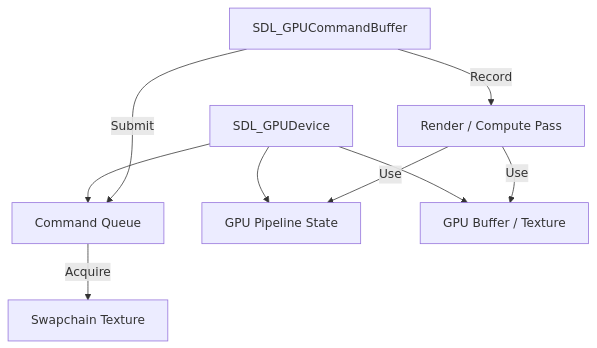
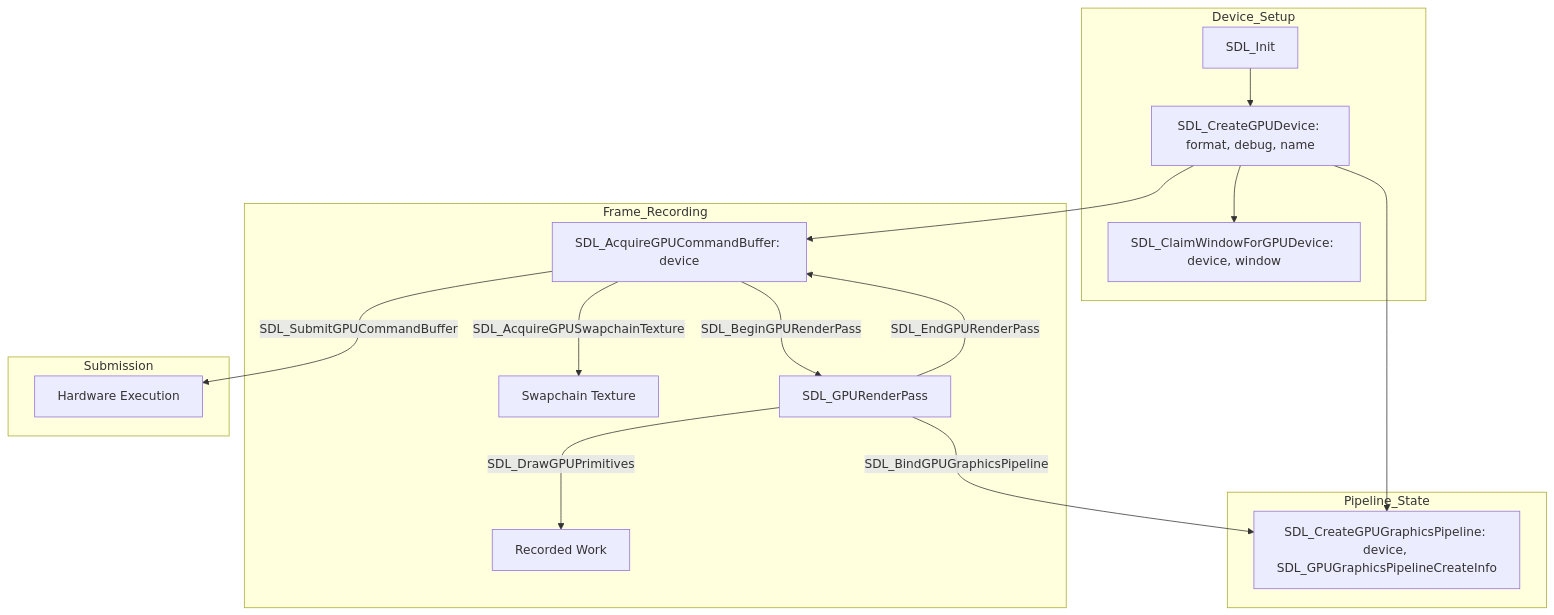
The diagram in extra/GPU.md (Nebulavenus/sdl3-odin-quickdocs), drawn with Mermaid before and after one commit. The commit also changed other lines of this file and 4 other files, not shown here.

Commit message:
Working mermaid

````diff
--- a/extra/GPU.md
+++ b/extra/GPU.md
@@ -7,13 +7,25 @@
 ```mermaid
 graph TD
-    Device[SDL_GPUDevice] --> Queue[Command Queue]
-    Device --> Pipeline[GPU Pipeline State]
-    Device --> Buffer[GPU Buffer / Texture]
-    
-    Cmd[SDL_GPUCommandBuffer] -- Record --> Pass[Render / Compute Pass]
-    Pass -- Use --> Pipeline
-    Pass -- Use --> Buffer
-    
-    Cmd -- Submit --> Queue
-    Queue -- Acquire --> Swapchain[Swapchain Texture]
+    subgraph Device_Setup
+        Init[SDL_Init] --> Dev[SDL_CreateGPUDevice: format, debug, name]
+        Dev --> Claim[SDL_ClaimWindowForGPUDevice: device, window]
+    end
+
+    subgraph Pipeline_State
+        Dev --> Pipe[SDL_CreateGPUGraphicsPipeline: device, SDL_GPUGraphicsPipelineCreateInfo]
+    end
+
+    subgraph Frame_Recording
+        Dev --> CB[SDL_AcquireGPUCommandBuffer: device]
+        CB -- SDL_AcquireGPUSwapchainTexture --> ST[Swapchain Texture]
+        
+        CB -- SDL_BeginGPURenderPass --> RP[SDL_GPURenderPass]
+        RP -- SDL_BindGPUGraphicsPipeline --> Pipe
+        RP -- SDL_DrawGPUPrimitives --> Work[Recorded Work]
+        RP -- SDL_EndGPURenderPass --> CB
+    end
+
+    subgraph Submission
+        CB -- SDL_SubmitGPUCommandBuffer --> Done[Hardware Execution]
+    end
 ```
````
